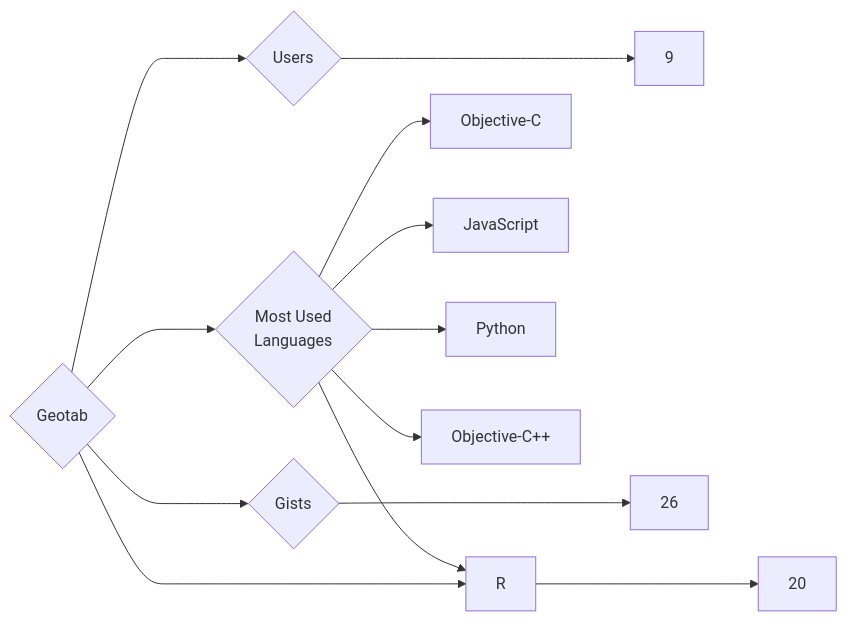
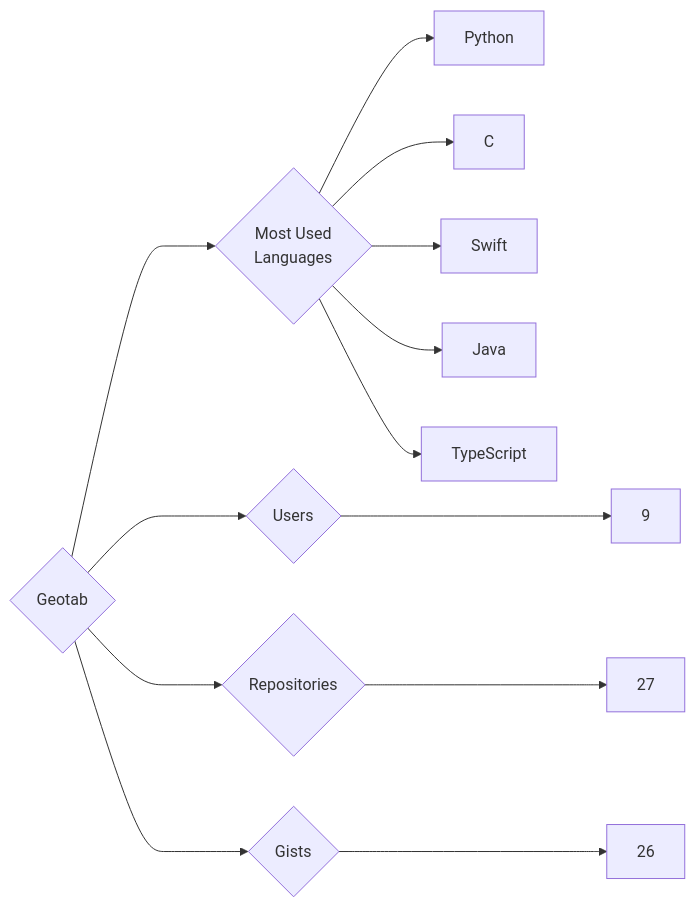
Before and after one commit to trickest/insiders: the diagram in targets/Geotab/README.md, drawn with Mermaid. The commit also changed 679 other files, not shown here.

````diff
--- a/targets/Geotab/README.md
+++ b/targets/Geotab/README.md
@@ -3,13 +3,13 @@
 ```mermaid
 graph LR
 COMPANY_NAME{Geotab}
 COMPANY_NAME ---> U{Users} ---> UN[9]
-COMPANY_NAME ---> R{Repositories} ---> RN[20]
+COMPANY_NAME ---> R{Repositories} ---> RN[27]
 COMPANY_NAME ---> G{Gists} ---> GN[26]
 COMPANY_NAME ---> ML{Most Used<br>Languages}
-ML --> Objective-C[Objective-C]
-ML --> JavaScript[JavaScript]
-ML --> R[R]
 ML --> Python[Python]
-ML --> Objective-C++[Objective-C++]
+ML --> C[C]
+ML --> Swift[Swift]
+ML --> Java[Java]
+ML --> TypeScript[TypeScript]
 ```
````
